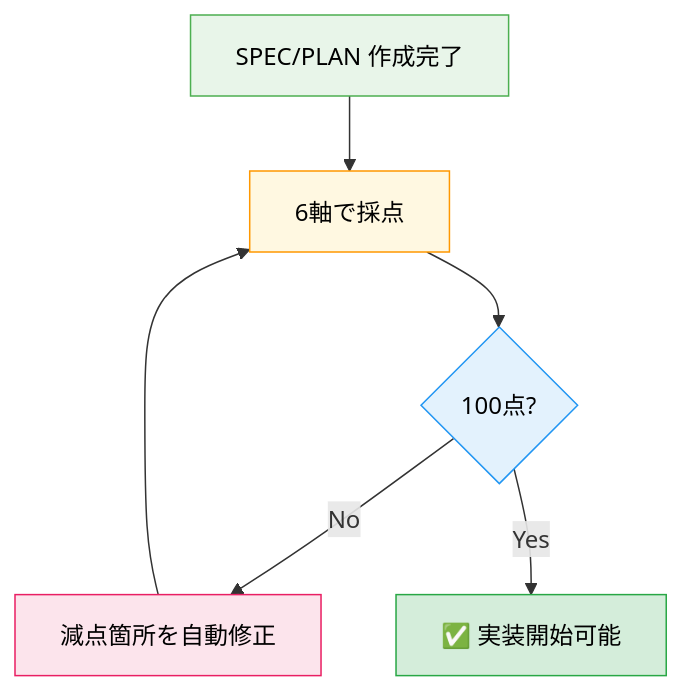
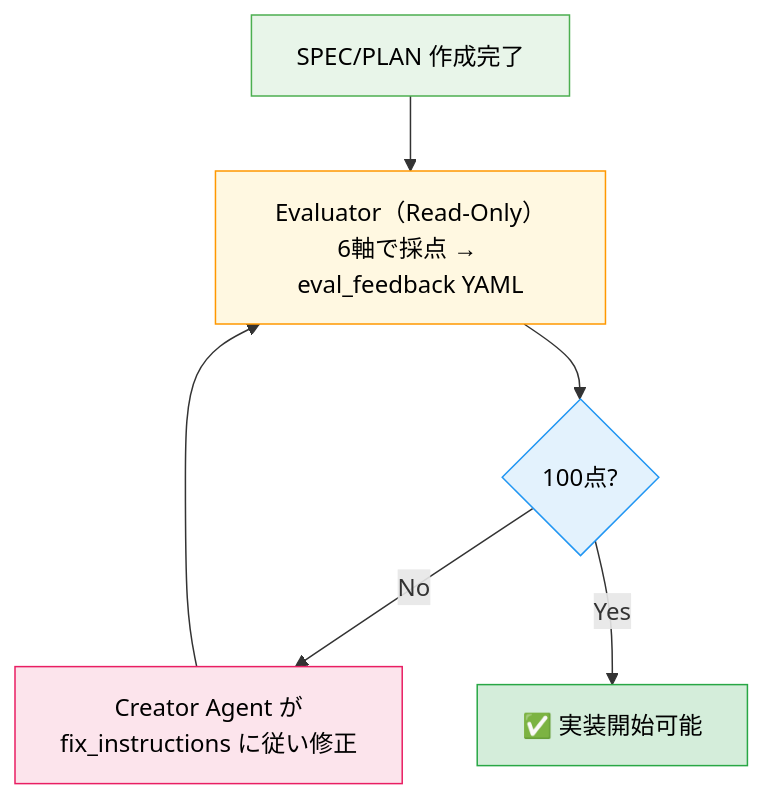
One commit to heidayo/sage-ai-template changed the third of 9 diagrams in README.md. Above: the diagram before and after it, drawn with Mermaid. The commit also changed other lines of this file and 14 other files, not shown here.

First line of the commit message:
Evaluator Read-Only化 + Phase 3-4 3エージェント分離 + コードレビュールブリック整備

````diff
--- a/README.md
+++ b/README.md
@@ -105,14 +110,14 @@
 ```mermaid
 graph TD
-    START["SPEC/PLAN 作成完了"] --> SCORE["6軸で採点"]
-    SCORE --> CHECK{100点?}
-    CHECK -->|No| FIX["減点箇所を自動修正"]
-    FIX --> SCORE
+    START["SPEC/PLAN 作成完了"] --> EVAL["Evaluator（Read-Only）<br/>6軸で採点 → eval_feedback YAML"]
+    EVAL --> CHECK{100点?}
+    CHECK -->|No| FIX["Creator Agent が<br/>fix_instructions に従い修正"]
+    FIX --> EVAL
     CHECK -->|Yes| DONE["✅ 実装開始可能"]
 
     style START fill:#e8f5e9,stroke:#4caf50,color:#000
-    style SCORE fill:#fff8e1,stroke:#ff9800,color:#000
+    style EVAL fill:#fff8e1,stroke:#ff9800,color:#000
     style CHECK fill:#e3f2fd,stroke:#2196f3,color:#000
     style FIX fill:#fce4ec,stroke:#e91e63,color:#000
     style DONE fill:#d4edda,stroke:#28a745,color:#000
 ```
````
